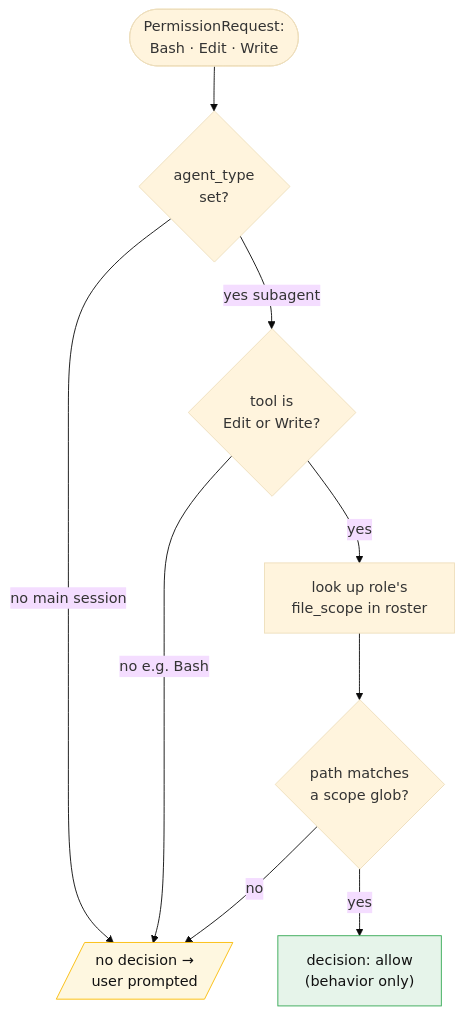
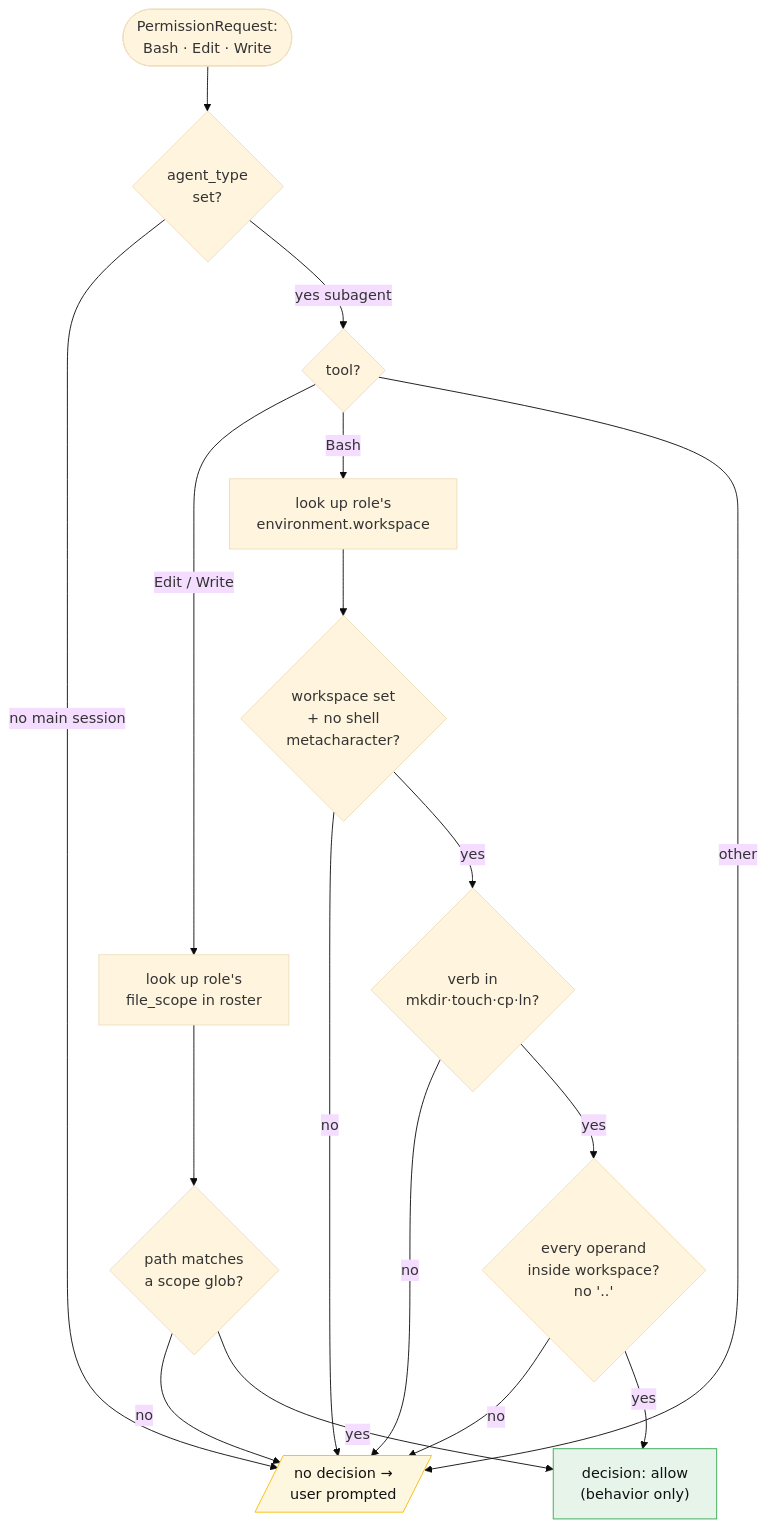
The sixth of 11 diagrams in LOGIC.md (cheeky-amit/cheeky-squad-os), drawn with Mermaid (base theme) before and after one commit. The commit also changed other lines of this file and 16 other files, not shown here.

````diff
--- a/LOGIC.md
+++ b/LOGIC.md
@@ -302,16 +324,24 @@
 ```mermaid
 flowchart TD
     P0([PermissionRequest:<br/>Bash · Edit · Write]) --> P1{agent_type<br/>set?}
     P1 -->|no main session| DEFER[/no decision →<br/>user prompted/]
-    P1 -->|yes subagent| P2{tool is<br/>Edit or Write?}
-    P2 -->|no e.g. Bash| DEFER
-    P2 -->|yes| P3[look up role's<br/>file_scope in roster]
+    P1 -->|yes subagent| P2{tool?}
+    P2 -->|Edit / Write| P3[look up role's<br/>file_scope in roster]
     P3 --> P4{path matches<br/>a scope glob?}
     P4 -->|no| DEFER
     P4 -->|yes| ALLOW["decision: allow<br/>(behavior only)"]
+    P2 -->|Bash| B1[look up role's<br/>environment.workspace]
+    B1 --> B2{workspace set<br/>+ no shell<br/>metacharacter?}
+    B2 -->|no| DEFER
+    B2 -->|yes| B3{verb in<br/>mkdir·touch·cp·ln?}
+    B3 -->|no| DEFER
+    B3 -->|yes| B4{every operand<br/>inside workspace?<br/>no '..'}
+    B4 -->|no| DEFER
+    B4 -->|yes| ALLOW
+    P2 -->|other| DEFER
 
     classDef ok fill:#e6f4ea,stroke:#34a853,color:#111;
     classDef neu fill:#fef7e0,stroke:#fbbc04,color:#111;
     class ALLOW ok;
     class DEFER neu;
 ```
````
